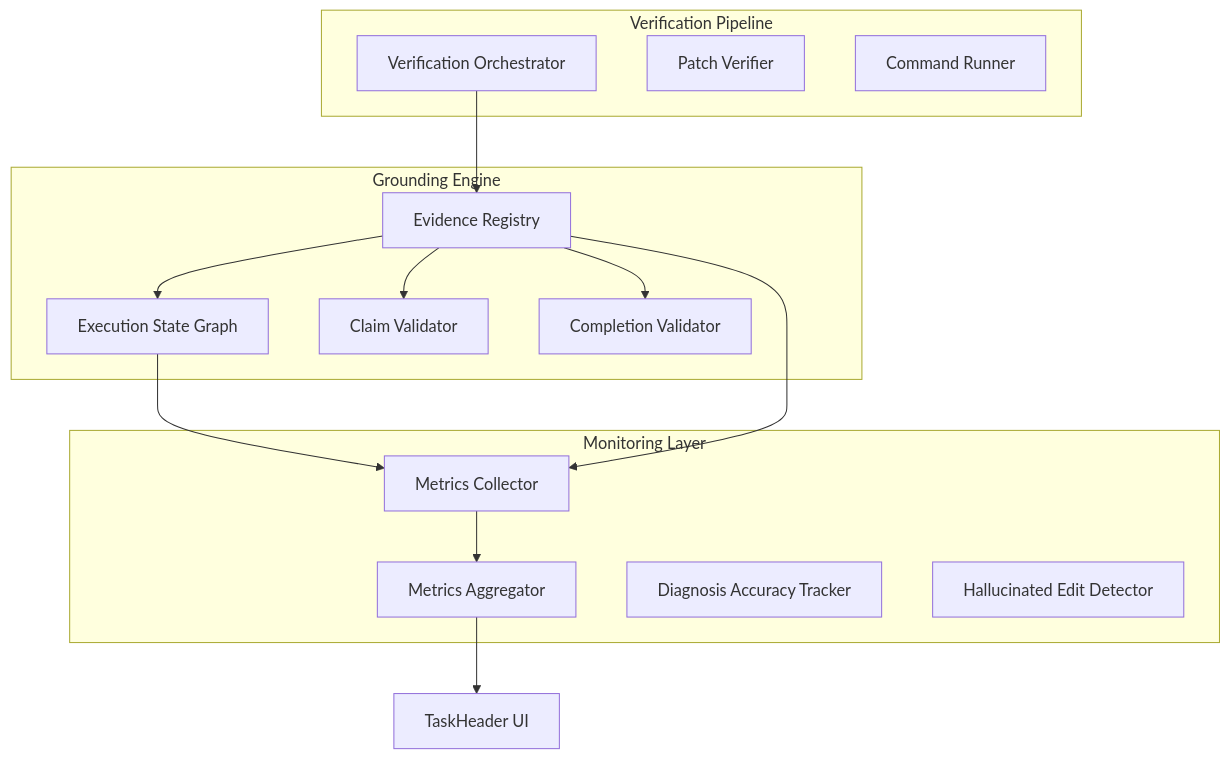
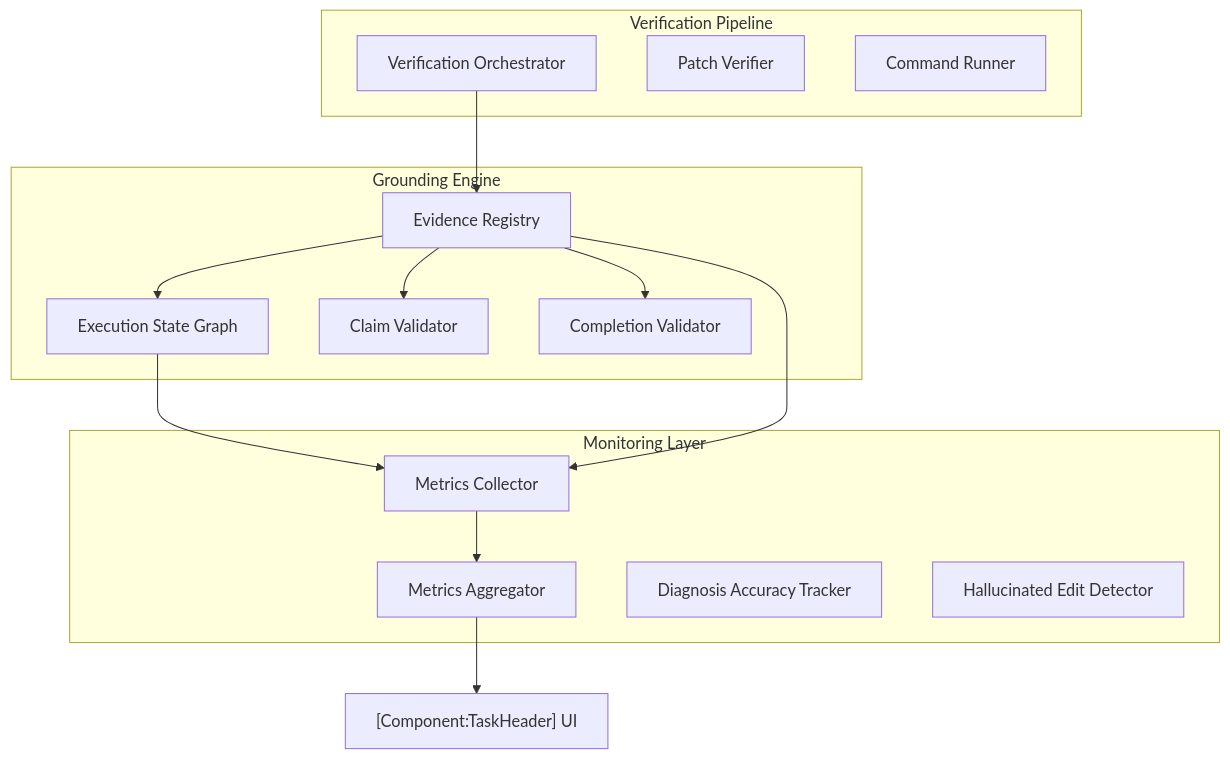
One commit to vi70x3/AiRo changed the diagram in .roo/specs/reliability/grounding-and-metrics/design.md. Above: the diagram before and after it, drawn with Mermaid. The commit also changed other lines of this file and 15 other files, not shown here.

````diff
--- a/.roo/specs/reliability/grounding-and-metrics/design.md
+++ b/.roo/specs/reliability/grounding-and-metrics/design.md
@@ -11,29 +11,29 @@
 ```mermaid
 graph TD
     subgraph "Grounding Engine"
         ESG[Execution State Graph]
         ER[Evidence Registry]
         CV[Claim Validator]
         COV[Completion Validator]
     end
 
     subgraph "Verification Pipeline"
         VO[Verification Orchestrator]
         PV[Patch Verifier]
         CR[Command Runner]
     end
 
     subgraph "Monitoring Layer"
         MC[Metrics Collector]
         MA[Metrics Aggregator]
         DAT[Diagnosis Accuracy Tracker]
         HED[Hallucinated Edit Detector]
     end
 
     ER --> ESG
     ER --> CV & COV
     VO --> ER
     ESG & ER --> MC
     MC --> MA
-    MA --> UI[TaskHeader UI]
+    MA --> UI["[Component:TaskHeader] UI"]
 ```
````
